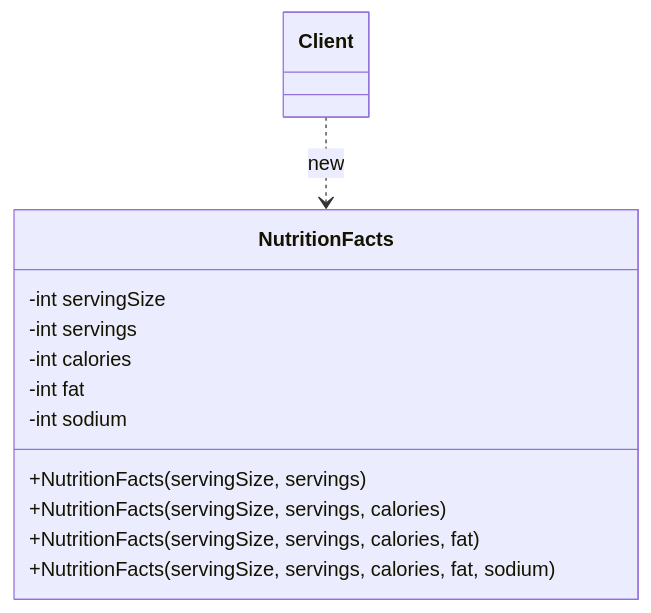
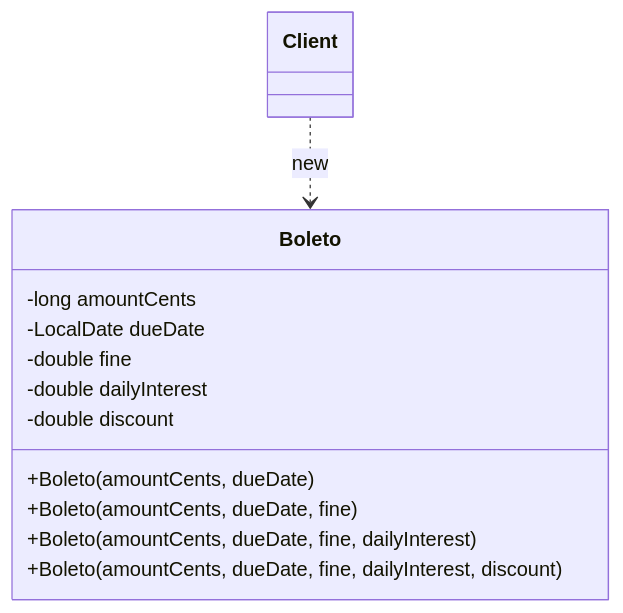
Before and after one commit to alancesar/design-patterns: the diagram in docs/coding/gof/creational/telescoping-constructor.md, drawn with Mermaid. The commit also changed other lines of this file and 53 other files, not shown here.

````diff
--- a/docs/coding/gof/creational/telescoping-constructor.md
+++ b/docs/coding/gof/creational/telescoping-constructor.md
@@ -58,16 +58,16 @@
 ```mermaid
 classDiagram
     class Client
-    class NutritionFacts {
-        -int servingSize
-        -int servings
-        -int calories
-        -int fat
-        -int sodium
-        +NutritionFacts(servingSize, servings)
-        +NutritionFacts(servingSize, servings, calories)
-        +NutritionFacts(servingSize, servings, calories, fat)
-        +NutritionFacts(servingSize, servings, calories, fat, sodium)
+    class Boleto {
+        -long amountCents
+        -LocalDate dueDate
+        -double fine
+        -double dailyInterest
+        -double discount
+        +Boleto(amountCents, dueDate)
+        +Boleto(amountCents, dueDate, fine)
+        +Boleto(amountCents, dueDate, fine, dailyInterest)
+        +Boleto(amountCents, dueDate, fine, dailyInterest, discount)
     }
-    Client ..> NutritionFacts : new
+    Client ..> Boleto : new
 ```
````
